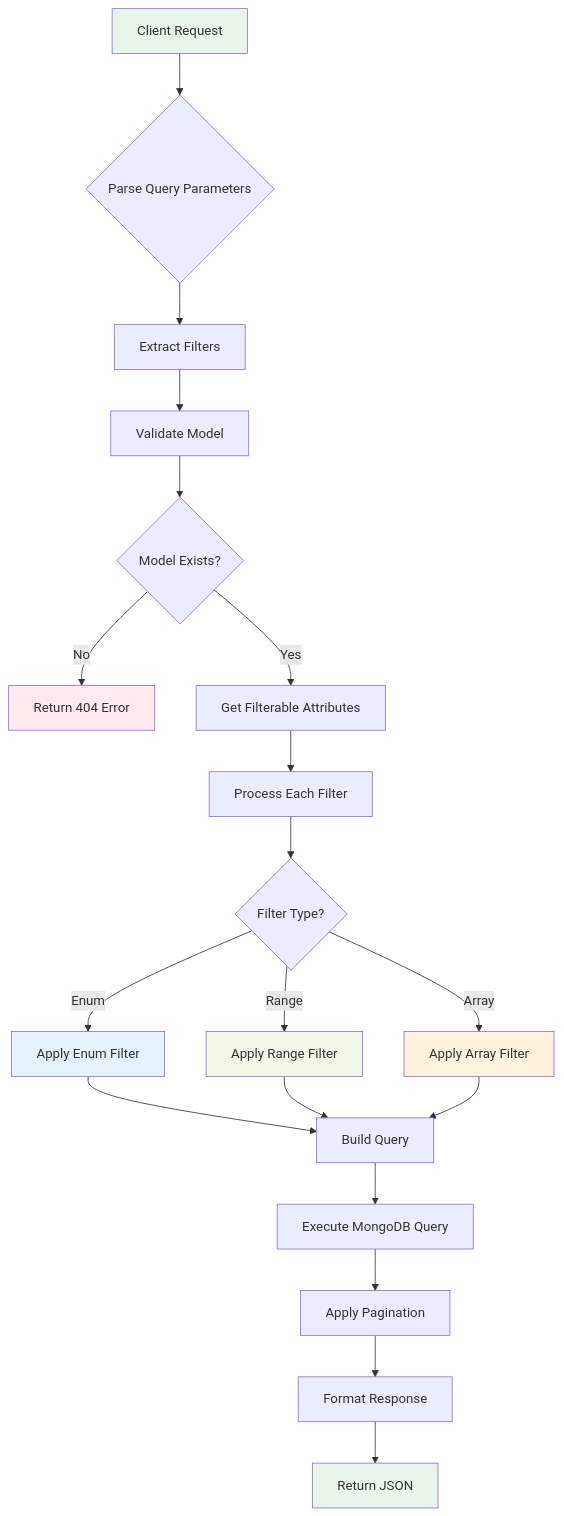
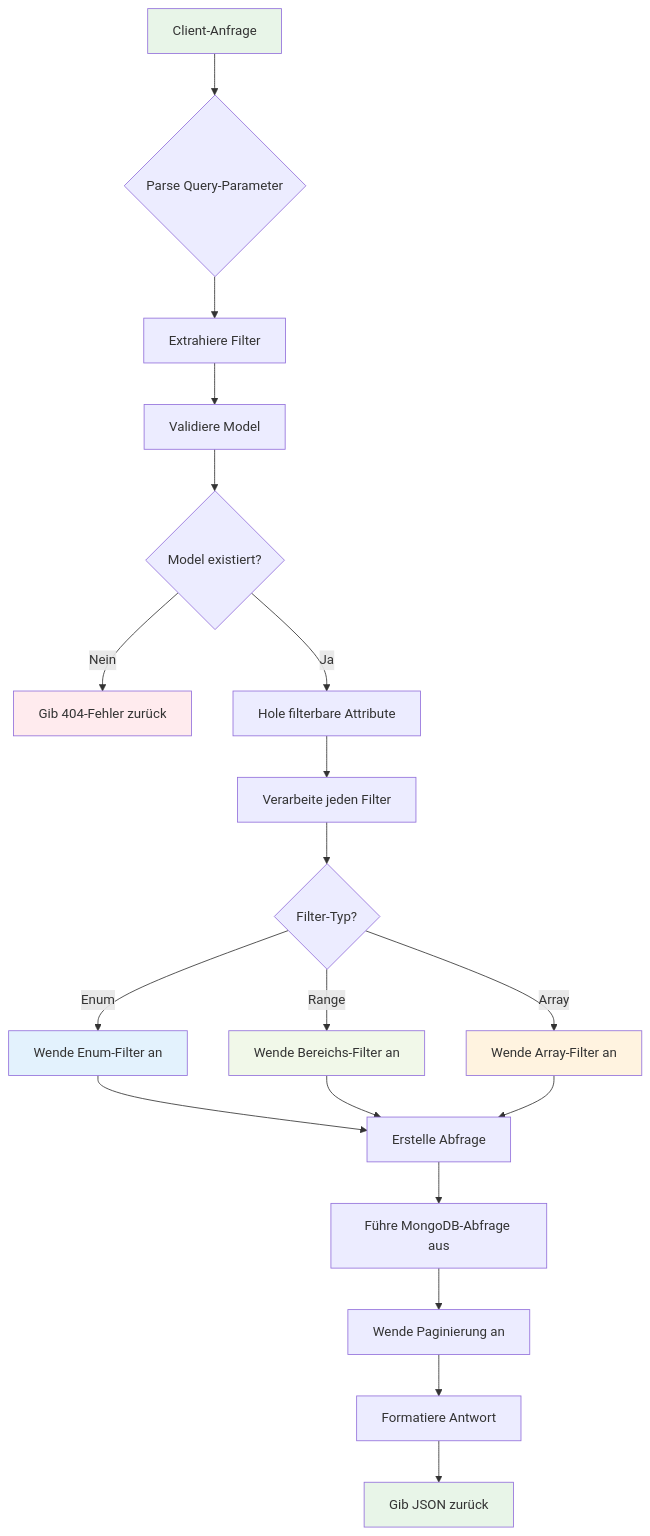
One commit to chrisoco/APDE_BE changed the sixth of 6 diagrams in docs/src/GenericFilter.md. Above: the diagram before and after it, drawn with Mermaid. The commit also changed other lines of this file and 14 other files, not shown here.

````diff
--- a/docs/src/GenericFilter.md
+++ b/docs/src/GenericFilter.md
@@ -231,33 +231,33 @@
 ```mermaid
 flowchart TD
-    A[Client Request] --> B{Parse Query Parameters}
-    B --> C[Extract Filters]
-    C --> D[Validate Model]
-    D --> E{Model Exists?}
-    
-    E -->|No| F[Return 404 Error]
-    E -->|Yes| G[Get Filterable Attributes]
-    
-    G --> H[Process Each Filter]
-    H --> I{Filter Type?}
-    
-    I -->|Enum| J[Apply Enum Filter]
-    I -->|Range| K[Apply Range Filter]
-    I -->|Array| L[Apply Array Filter]
-    
-    J --> M[Build Query]
+    A[Client-Anfrage] --> B{Parse Query-Parameter}
+    B --> C[Extrahiere Filter]
+    C --> D[Validiere Model]
+    D --> E{Model existiert?}
+
+    E -->|Nein| F[Gib 404-Fehler zurück]
+    E -->|Ja| G[Hole filterbare Attribute]
+
+    G --> H[Verarbeite jeden Filter]
+    H --> I{Filter-Typ?}
+
+    I -->|Enum| J[Wende Enum-Filter an]
+    I -->|Range| K[Wende Bereichs-Filter an]
+    I -->|Array| L[Wende Array-Filter an]
+
+    J --> M[Erstelle Abfrage]
     K --> M
     L --> M
-    
-    M --> N[Execute MongoDB Query]
-    N --> O[Apply Pagination]
-    O --> P[Format Response]
-    P --> Q[Return JSON]
-    
+
+    M --> N[Führe MongoDB-Abfrage aus]
+    N --> O[Wende Paginierung an]
+    O --> P[Formatiere Antwort]
+    P --> Q[Gib JSON zurück]
+
     style A fill:#e8f5e8
     style F fill:#ffebee
     style Q fill:#e8f5e8
     style J fill:#e3f2fd
     style K fill:#f1f8e9
     style L fill:#fff3e0
 ```
````
